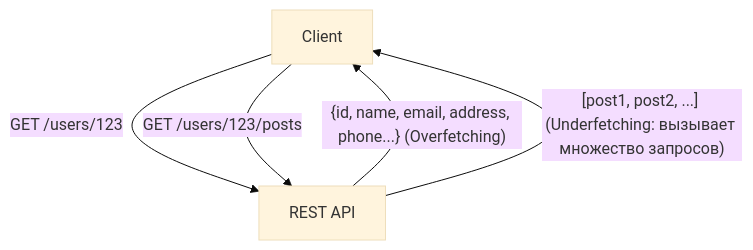
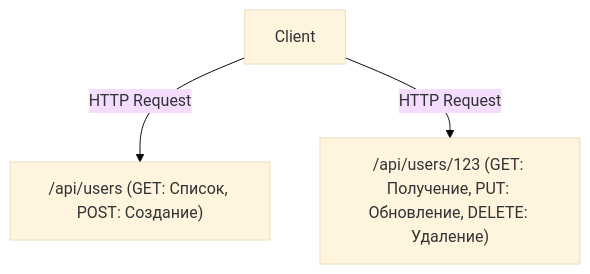
One commit to kenjinote/blog changed the diagram in content/post/graphql-vs-rest-api-design/index.ru.md. Above: the diagram before and after it, drawn with Mermaid (base theme). The commit also changed other lines of this file and 69 other files, not shown here.

````diff
--- a/content/post/graphql-vs-rest-api-design/index.ru.md
+++ b/content/post/graphql-vs-rest-api-design/index.ru.md
@@ -47,7 +22,8 @@
 ```mermaid
-graph TD
-    A["Client"] -- "GET /users/123" --> B["REST API"]
-    B -- "{id, name, email, address, phone...} (Overfetching)" --> A
-    A -- "GET /users/123/posts" --> B
-    B -- "[post1, post2, ...] (Underfetching: вызывает множество запросов)" --> A
+flowchart TD
+    Client["Client"]
+    Users["/api/users (GET: Список, POST: Создание)"]
+    UserItem["/api/users/123 (GET: Получение, PUT: Обновление, DELETE: Удаление)"]
+    Client -- "HTTP Request" --> Users
+    Client -- "HTTP Request" --> UserItem
 ```
````
